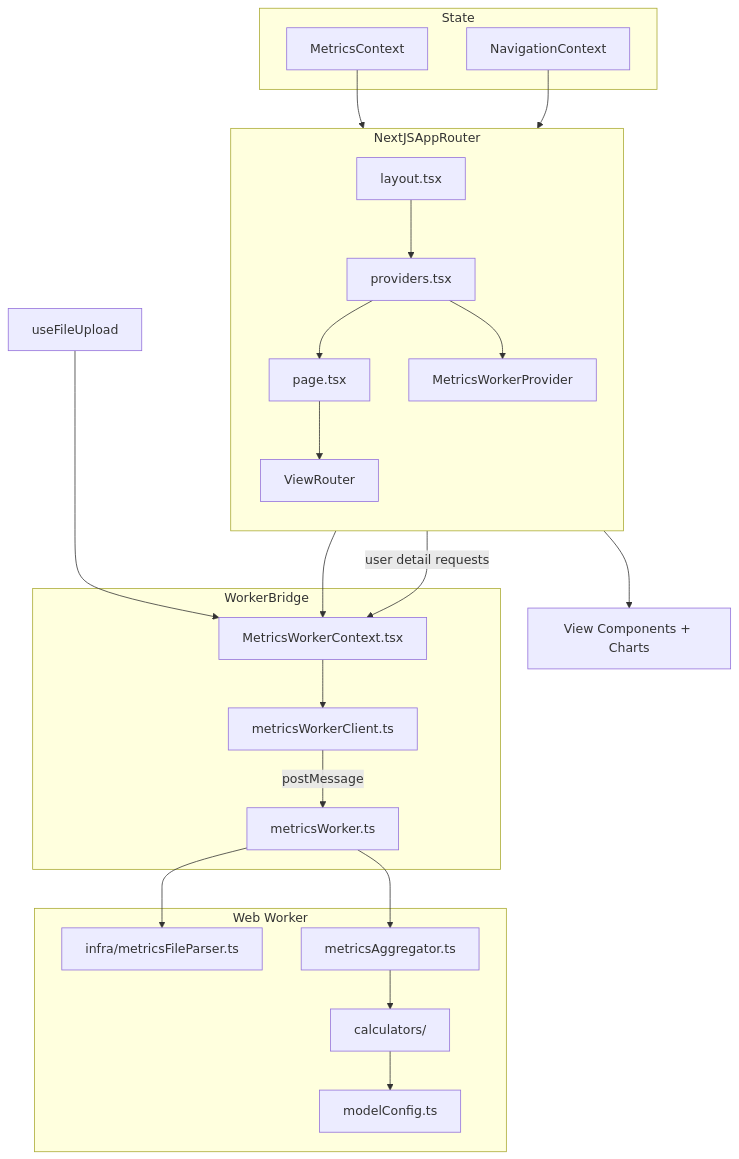
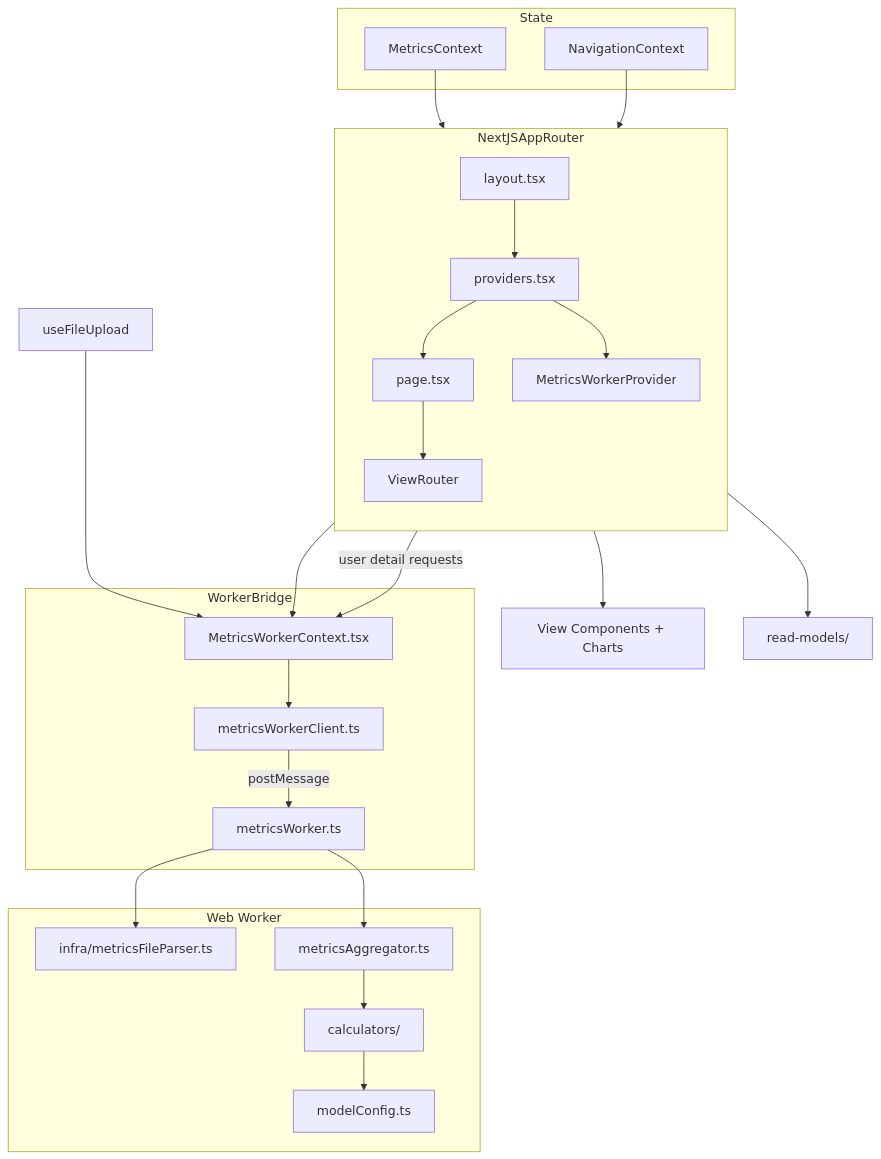
The second of 2 diagrams in docs/project-overview.md (asizikov-demos/copilot-user-level-statistics-viewer), drawn with Mermaid before and after one commit. The commit also changed other lines of this file, not shown here.

First line of the commit message:
docs: document feature read-model boundary

````diff
--- a/docs/project-overview.md
+++ b/docs/project-overview.md
@@ -102,43 +104,44 @@
 ```mermaid
 flowchart TB
 	subgraph NextJSAppRouter
 		direction TB
 		L[layout.tsx] --> P[providers.tsx]
 		P --> H[page.tsx]
 		H --> VR[ViewRouter]
 		P --> MWP[MetricsWorkerProvider]
 	end
 
 	subgraph State
 		MC[MetricsContext]
 		NC[NavigationContext]
 	end
 
 	subgraph WebWorker[Web Worker]
 		MFP[infra/metricsFileParser.ts]
 		MA[metricsAggregator.ts]
 		CALC[calculators/]
 		MConf[modelConfig.ts]
 	end
 
 	subgraph WorkerBridge
 		MWC[MetricsWorkerContext.tsx]
 		WC[metricsWorkerClient.ts]
 		WT[metricsWorker.ts]
 	end
 
 	VR --> Views[View Components + Charts]
+	VR --> RM[read-models/]
 
 	MWP --> MWC
 	MWC --> WC
 	UFU[useFileUpload] --> MWC
 	VR -->|user detail requests| MWC
 	WC -->|postMessage| WT
 	WT --> MFP
 	WT --> MA
 	MA --> CALC
 	CALC --> MConf
 
 	MC --> VR
 	NC --> VR
 ```
````
